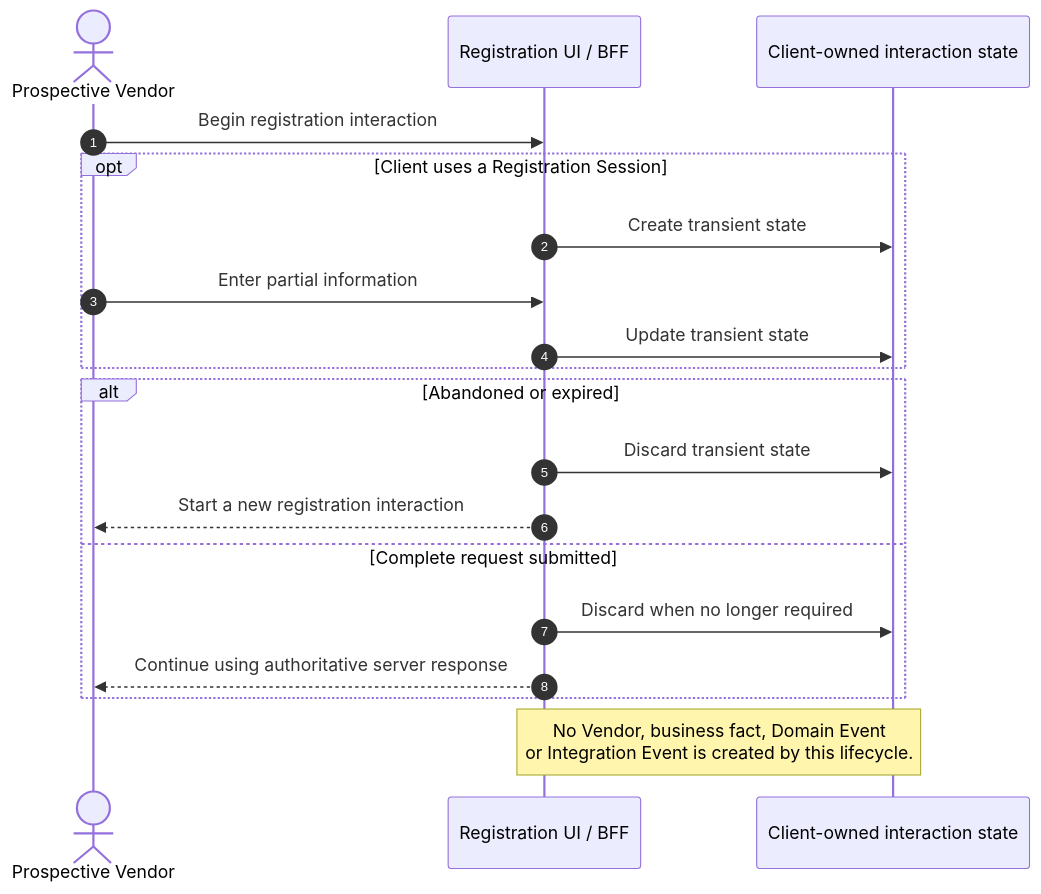
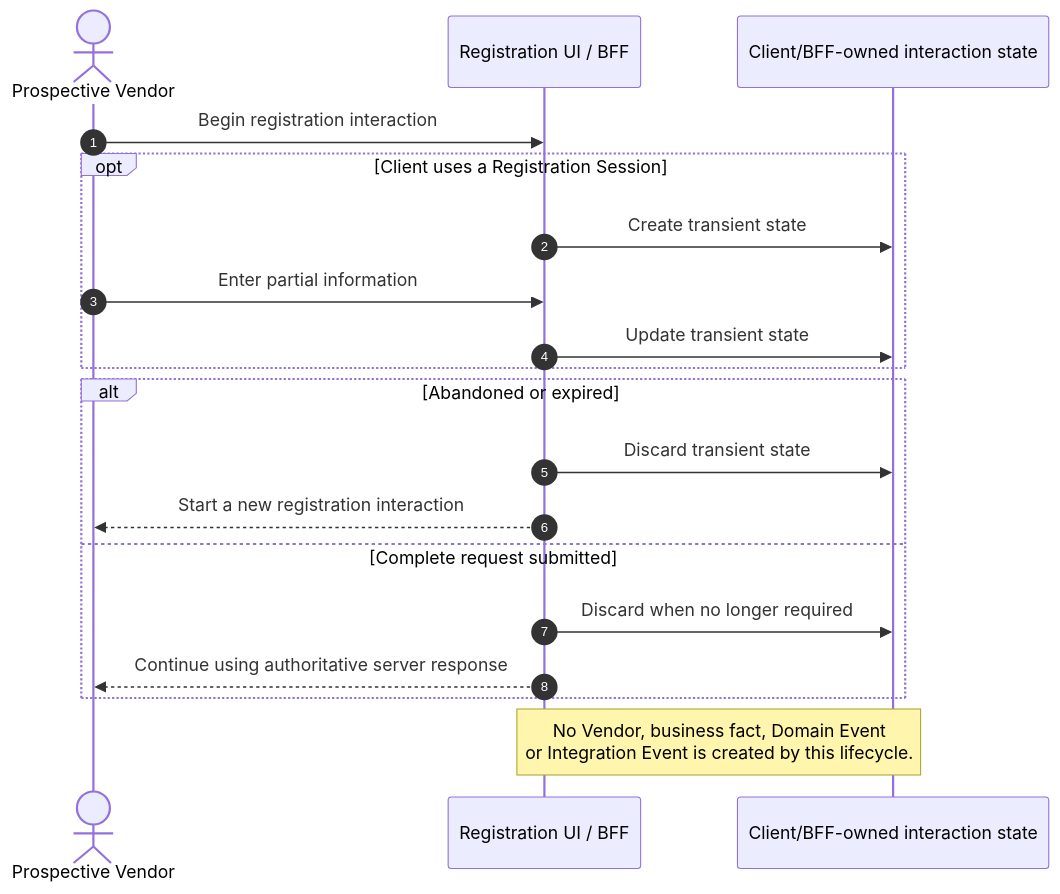
Before and after one commit to Joasties/HotJoes: the sixth of 7 diagrams in docs/architecture/HJ-105 - Vendor Registration Sequence Diagram.md, drawn with Mermaid. The commit also changed other lines of this file and 25 other files, not shown here.

First line of the commit message:
Add Epic 1 scope and architecture concern governance

````diff
--- a/docs/architecture/HJ-105 - Vendor Registration Sequence Diagram.md
+++ b/docs/architecture/HJ-105 - Vendor Registration Sequence Diagram.md
@@ -439,24 +443,24 @@
 ```mermaid
 sequenceDiagram
     autonumber
     actor Applicant as Prospective Vendor
     participant Client as Registration UI / BFF
-    participant LocalState as Client-owned interaction state
+    participant LocalState as Client/BFF-owned interaction state
 
     Applicant->>Client: Begin registration interaction
     opt Client uses a Registration Session
         Client->>LocalState: Create transient state
         Applicant->>Client: Enter partial information
         Client->>LocalState: Update transient state
     end
 
     alt Abandoned or expired
         Client->>LocalState: Discard transient state
         Client-->>Applicant: Start a new registration interaction
     else Complete request submitted
         Client->>LocalState: Discard when no longer required
         Client-->>Applicant: Continue using authoritative server response
     end
 
     Note over Client,LocalState: No Vendor, business fact, Domain Event<br/>or Integration Event is created by this lifecycle.
 ```
````
